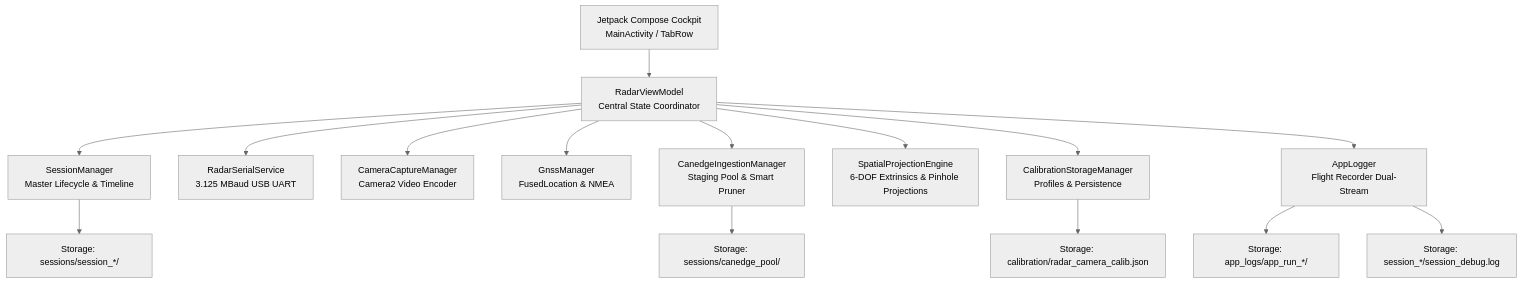
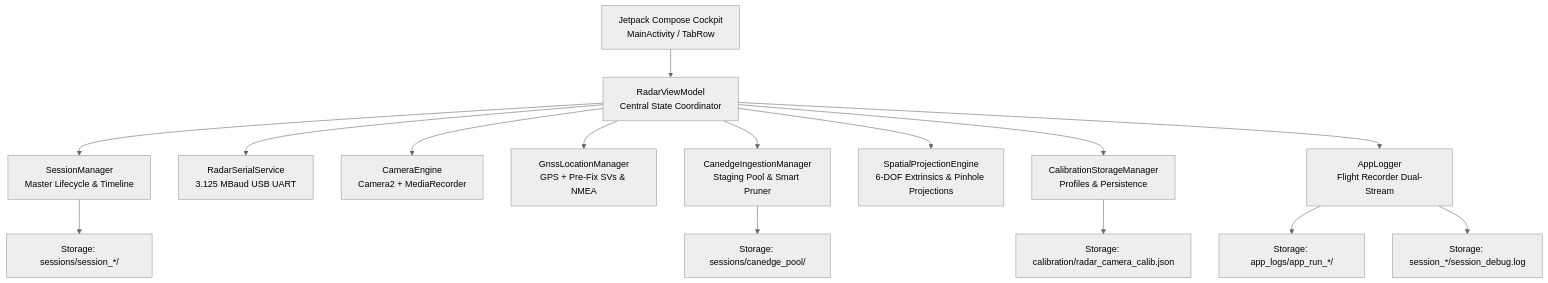
One commit to kadurushil/RoadSense_logger changed the diagram in context/01_ARCHITECTURE_AND_STORAGE.md. Above: the diagram before and after it, drawn with Mermaid (neutral theme). The commit also changed other lines of this file and 10 other files, not shown here.

````diff
--- a/context/01_ARCHITECTURE_AND_STORAGE.md
+++ b/context/01_ARCHITECTURE_AND_STORAGE.md
@@ -13,19 +13,19 @@
 ```mermaid
 graph TD
     UI[Jetpack Compose Cockpit<br>MainActivity / TabRow] --> VM[RadarViewModel<br>Central State Coordinator]
     
     VM --> SM[SessionManager<br>Master Lifecycle & Timeline]
     VM --> RSS[RadarSerialService<br>3.125 MBaud USB UART]
-    VM --> CM[CameraCaptureManager<br>Camera2 Video Encoder]
-    VM --> GM[GnssManager<br>FusedLocation & NMEA]
+    VM --> CM[CameraEngine<br>Camera2 + MediaRecorder]
+    VM --> GM[GnssLocationManager<br>GPS + Pre-Fix SVs & NMEA]
     VM --> CIM[CanedgeIngestionManager<br>Staging Pool & Smart Pruner]
     VM --> SPE[SpatialProjectionEngine<br>6-DOF Extrinsics & Pinhole Projections]
     VM --> CSM[CalibrationStorageManager<br>Profiles & Persistence]
     VM --> AL[AppLogger<br>Flight Recorder Dual-Stream]
 
     SM --> DiskSessions[Storage: sessions/session_*/]
     CIM --> DiskPool[Storage: sessions/canedge_pool/]
     CSM --> DiskCalib[Storage: calibration/radar_camera_calib.json]
     AL --> DiskAppLogs[Storage: app_logs/app_run_*/]
     AL --> DiskSessionDebug[Storage: session_*/session_debug.log]
 ```
````
